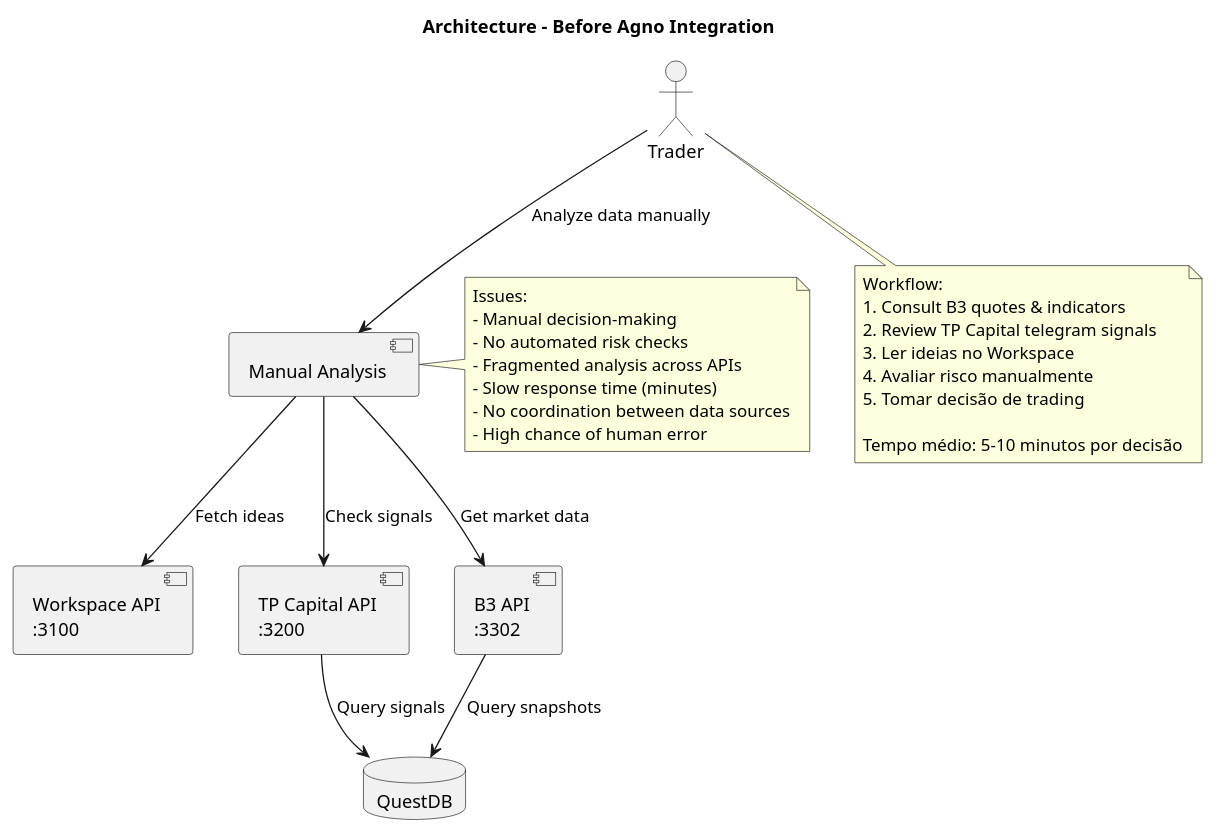
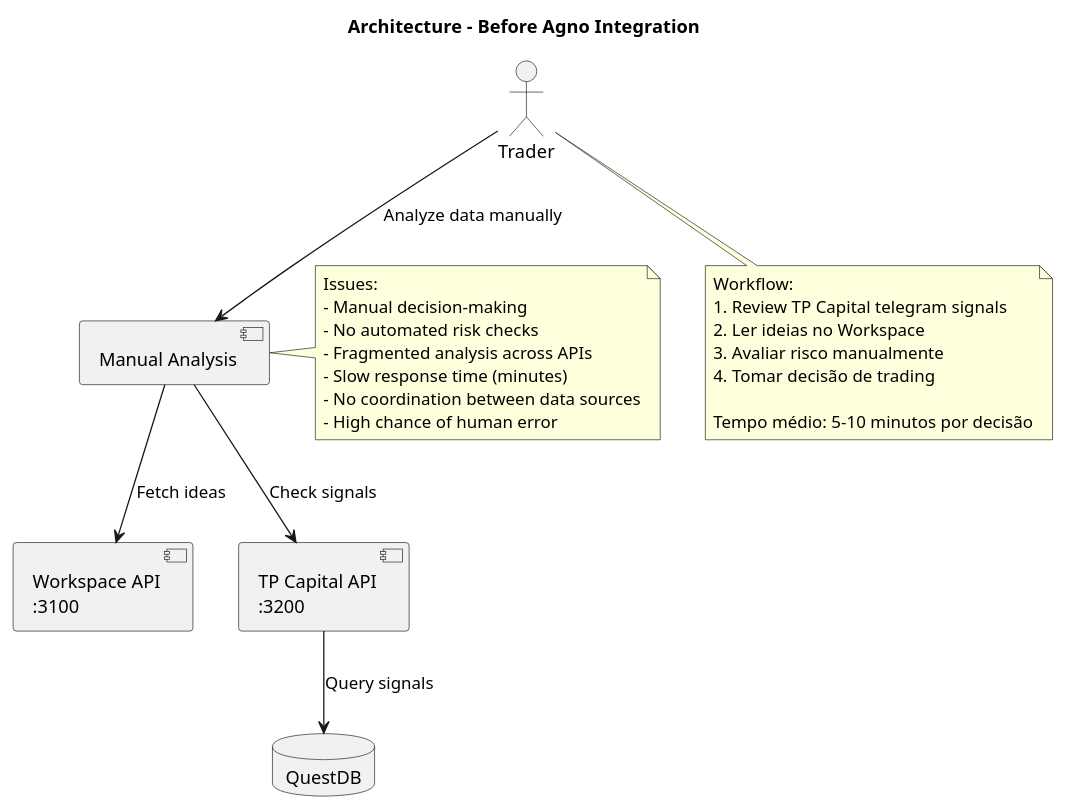
The diagram in docs/content/assets/diagrams/source/adr/adr-0002-before-architecture.puml (marceloterra1983/TradingSystem), drawn with PlantUML before and after one commit. The commit also changed 870 other files, not shown here.

```diff
--- a/docs/content/assets/diagrams/source/adr/adr-0002-before-architecture.puml
+++ b/docs/content/assets/diagrams/source/adr/adr-0002-before-architecture.puml
@@ -1,39 +1,35 @@
 @startuml
 title Architecture - Before Agno Integration
 
 actor Trader
 component "Manual Analysis" as Manual
 component "Workspace API\n:3100" as Workspace
 component "TP Capital API\n:3200" as TPCapital
-component "B3 API\n:3302" as B3
 database "QuestDB" as QuestDB
 
 Trader --> Manual : Analyze data manually
 Manual --> Workspace : Fetch ideas
 Manual --> TPCapital : Check signals
-Manual --> B3 : Get market data
-B3 --> QuestDB : Query snapshots
 TPCapital --> QuestDB : Query signals
 
 note right of Manual
   Issues:
   - Manual decision-making
   - No automated risk checks
   - Fragmented analysis across APIs
   - Slow response time (minutes)
   - No coordination between data sources
   - High chance of human error
 end note
 
 note bottom of Trader
   Workflow:
-  1. Consult B3 quotes & indicators
-  2. Review TP Capital telegram signals
-  3. Ler ideias no Workspace
-  4. Avaliar risco manualmente
-  5. Tomar decisão de trading
+  1. Review TP Capital telegram signals
+  2. Ler ideias no Workspace
+  3. Avaliar risco manualmente
+  4. Tomar decisão de trading
 
   Tempo médio: 5-10 minutos por decisão
 end note
 
 @enduml
```
